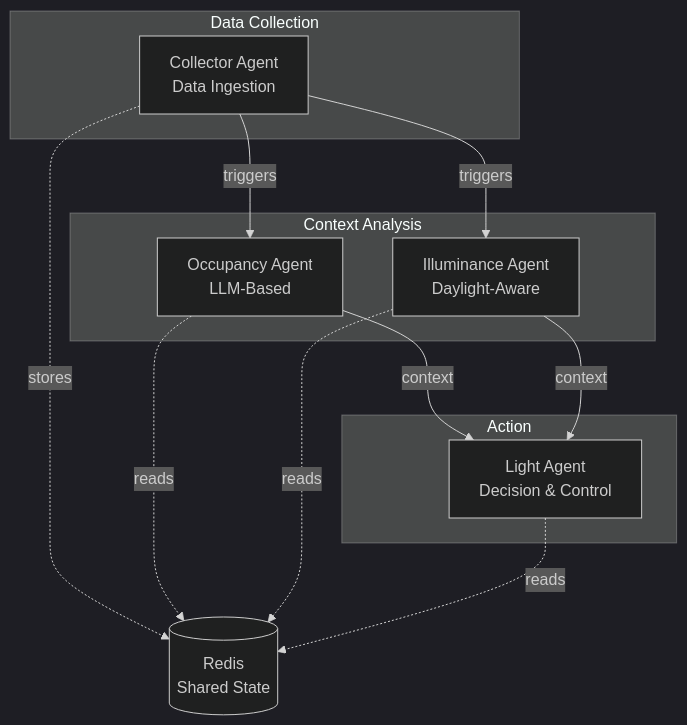
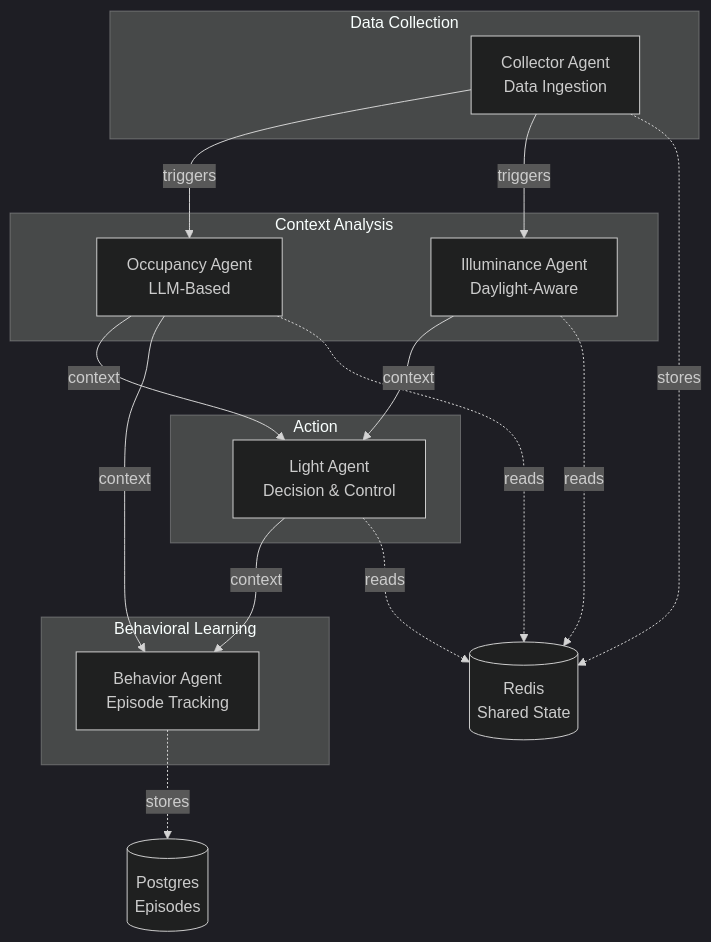
Before and after one commit to saaga0h/jeeves: the first of 2 diagrams in docs/AGENTS.md, drawn with Mermaid (dark theme). The commit also changed other lines of this file and 4 other files, not shown here.

Commit message:
updates architecture docs

````diff
--- a/docs/AGENTS.md
+++ b/docs/AGENTS.md
@@ -23,26 +24,34 @@
 ```mermaid
 graph TB
     subgraph "Data Collection"
         COLL[Collector Agent<br/>Data Ingestion]
     end
 
     subgraph "Context Analysis"
         OCC[Occupancy Agent<br/>LLM-Based]
         ILL[Illuminance Agent<br/>Daylight-Aware]
     end
 
     subgraph "Action"
         LIGHT[Light Agent<br/>Decision & Control]
     end
 
+    subgraph "Behavioral Learning"
+        BEH[Behavior Agent<br/>Episode Tracking]
+    end
+
     COLL -->|triggers| OCC
     COLL -->|triggers| ILL
     OCC -->|context| LIGHT
+    OCC -->|context| BEH
     ILL -->|context| LIGHT
+    LIGHT -->|context| BEH
 
     REDIS[(Redis<br/>Shared State)]
+    POSTGRES[(Postgres<br/>Episodes)]
     COLL -.->|stores| REDIS
     OCC -.->|reads| REDIS
     ILL -.->|reads| REDIS
     LIGHT -.->|reads| REDIS
+    BEH -.->|stores| POSTGRES
 ```
````
